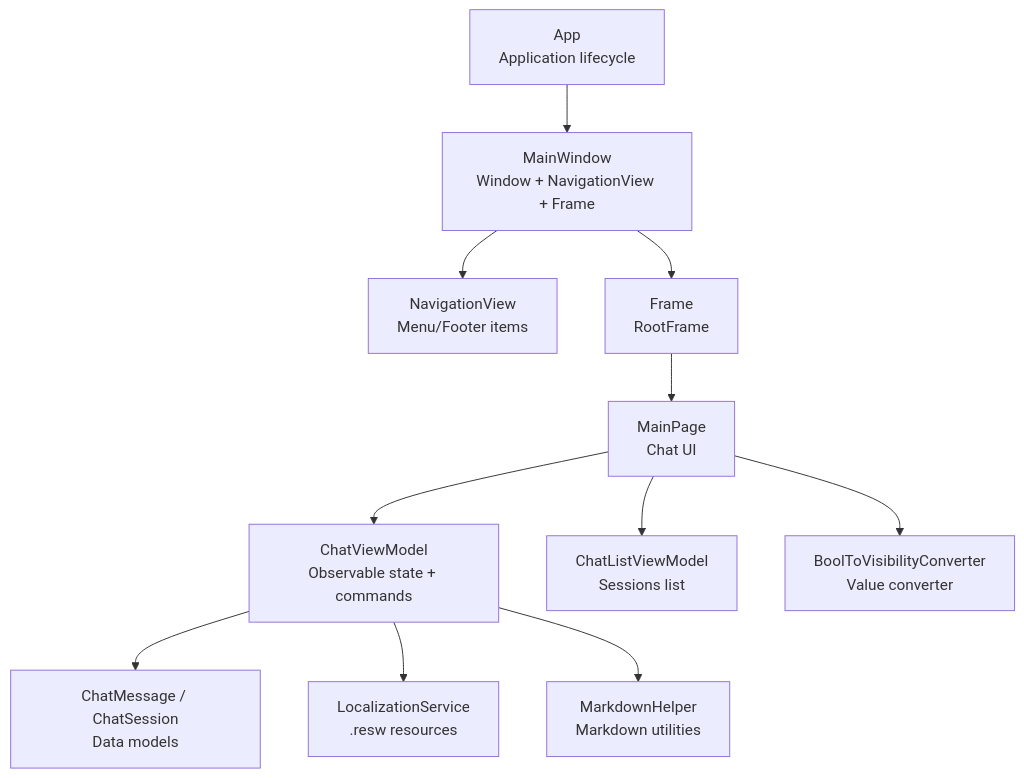
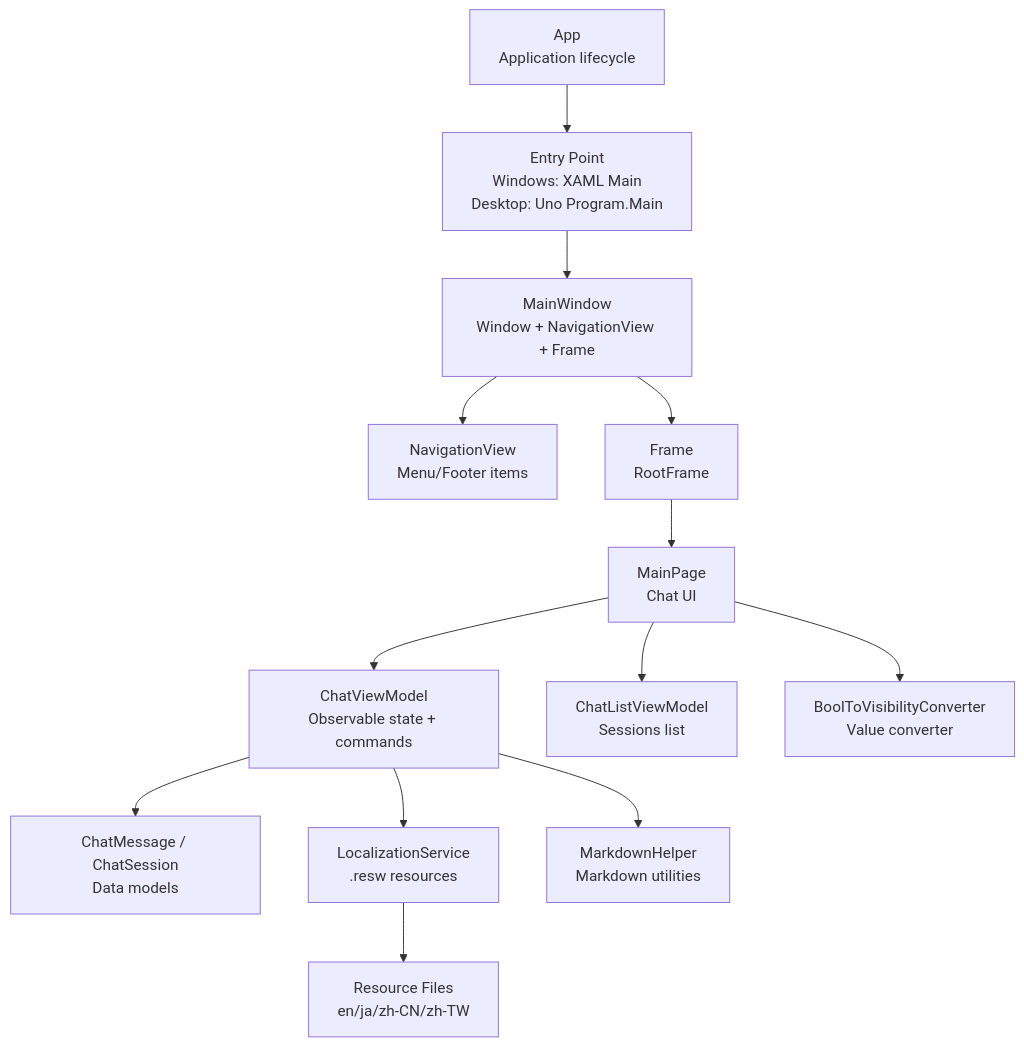
One commit to AgenticDesktop/App changed the first of 11 diagrams in .qoder/repowiki/en/content/Architecture Overview/UI Framework and Navigation.md. Above: the diagram before and after it, drawn with Mermaid. The commit also changed other lines of this file and 108 other files, not shown here.

First line of the commit message:
Add support for Uno Desktop and WinUI 3 build scripts

````diff
--- a/.qoder/repowiki/en/content/Architecture Overview/UI Framework and Navigation.md
+++ b/.qoder/repowiki/en/content/Architecture Overview/UI Framework and Navigation.md
@@ -38,13 +54,15 @@
 ```mermaid
 graph TB
-App["App<br/>Application lifecycle"] --> Window["MainWindow<br/>Window + NavigationView + Frame"]
+App["App<br/>Application lifecycle"] --> Entry["Entry Point<br/>Windows: XAML Main<br/>Desktop: Uno Program.Main"]
+Entry --> Window["MainWindow<br/>Window + NavigationView + Frame"]
 Window --> Nav["NavigationView<br/>Menu/Footer items"]
 Window --> Frame["Frame<br/>RootFrame"]
 Frame --> Main["MainPage<br/>Chat UI"]
 Main --> VM["ChatViewModel<br/>Observable state + commands"]
 Main --> CLVM["ChatListViewModel<br/>Sessions list"]
 VM --> Msg["ChatMessage / ChatSession<br/>Data models"]
 Main --> Conv["BoolToVisibilityConverter<br/>Value converter"]
 VM --> Loc["LocalizationService<br/>.resw resources"]
 VM --> MD["MarkdownHelper<br/>Markdown utilities"]
+Loc --> Res["Resource Files<br/>en/ja/zh-CN/zh-TW"]
 ```
````
